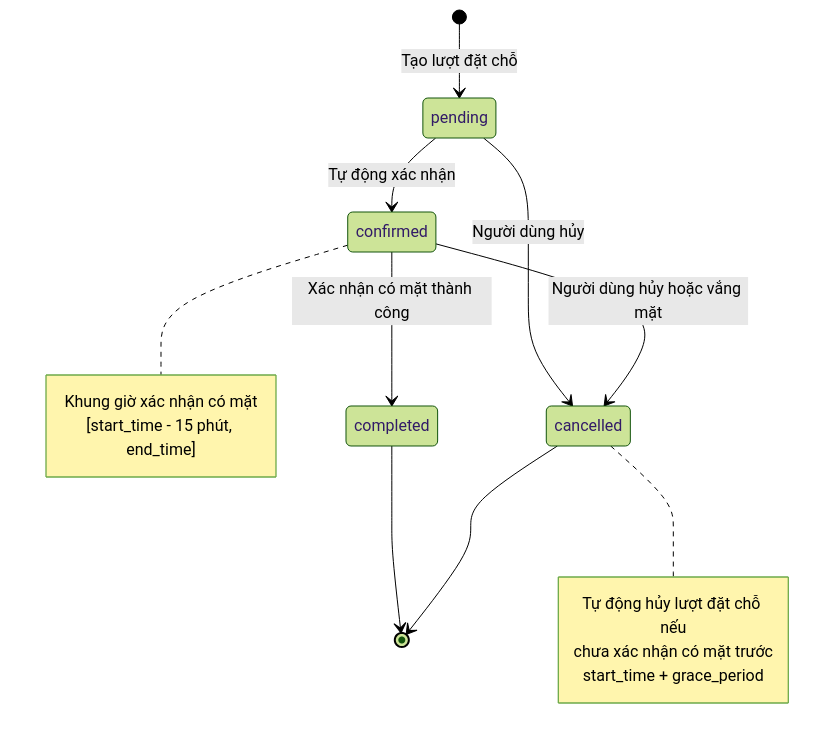
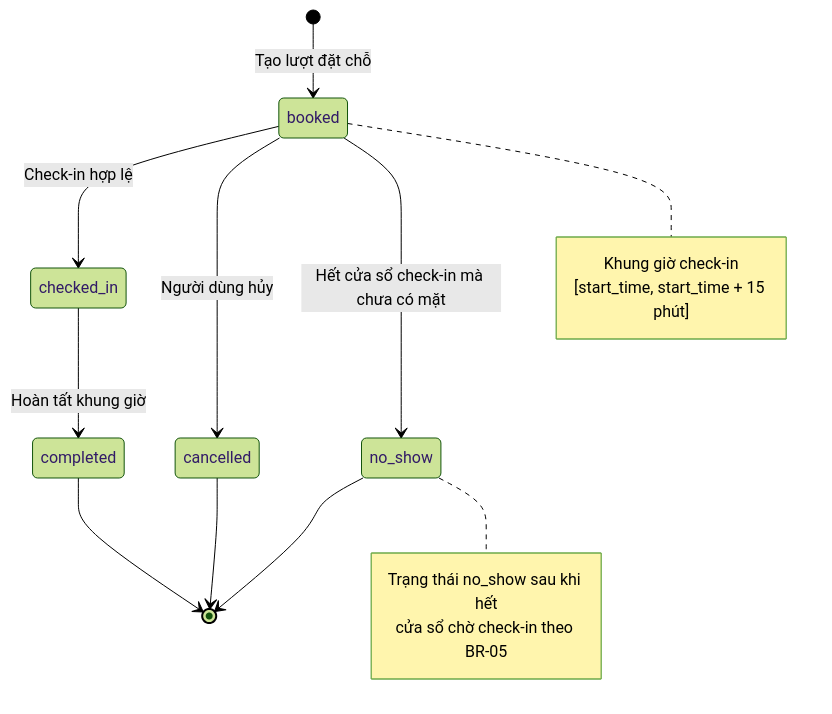
Before and after one commit to uth-seatsense/UTH-SeatSense: the third of 5 diagrams in docs/architecture/system-architecture.md, drawn with Mermaid (forest theme). The commit also changed other lines of this file and 106 other files, not shown here.

````diff
--- a/docs/architecture/system-architecture.md
+++ b/docs/architecture/system-architecture.md
@@ -650,21 +678,21 @@
 ```mermaid
 stateDiagram-v2
-    [*] --> pending: Tạo lượt đặt chỗ
-    pending --> confirmed: Tự động xác nhận
-    pending --> cancelled: Người dùng hủy
-    confirmed --> completed: Xác nhận có mặt thành công
-    confirmed --> cancelled: Người dùng hủy hoặc vắng mặt
+    [*] --> booked: Tạo lượt đặt chỗ
+    booked --> checked_in: Check-in hợp lệ
+    booked --> cancelled: Người dùng hủy
+    checked_in --> completed: Hoàn tất khung giờ
+    booked --> no_show: Hết cửa sổ check-in mà chưa có mặt
+    no_show --> [*]
     completed --> [*]
     cancelled --> [*]
     
-    note right of confirmed
-        Khung giờ xác nhận có mặt
-        [start_time - 15 phút, end_time]
+    note right of booked
+        Khung giờ check-in
+        [start_time, start_time + 15 phút]
     end note
     
-    note right of cancelled
-        Tự động hủy lượt đặt chỗ nếu
-        chưa xác nhận có mặt trước
-        start_time + grace_period
+    note right of no_show
+        Trạng thái no_show sau khi hết
+        cửa sổ chờ check-in theo BR-05
     end note
 ```
````
